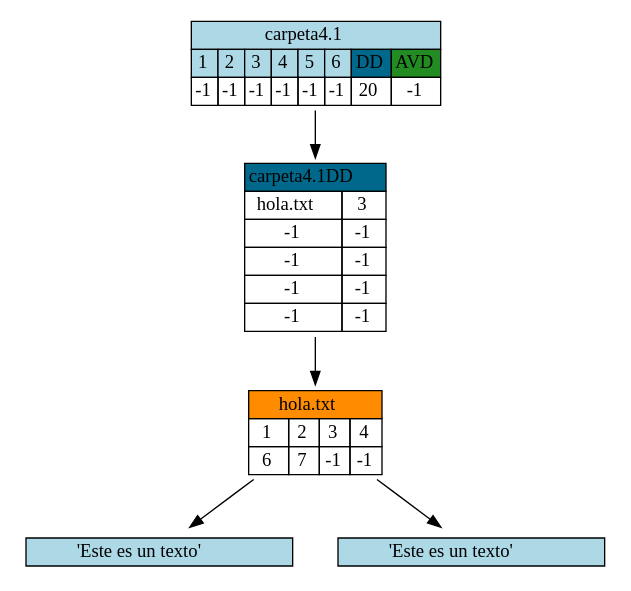
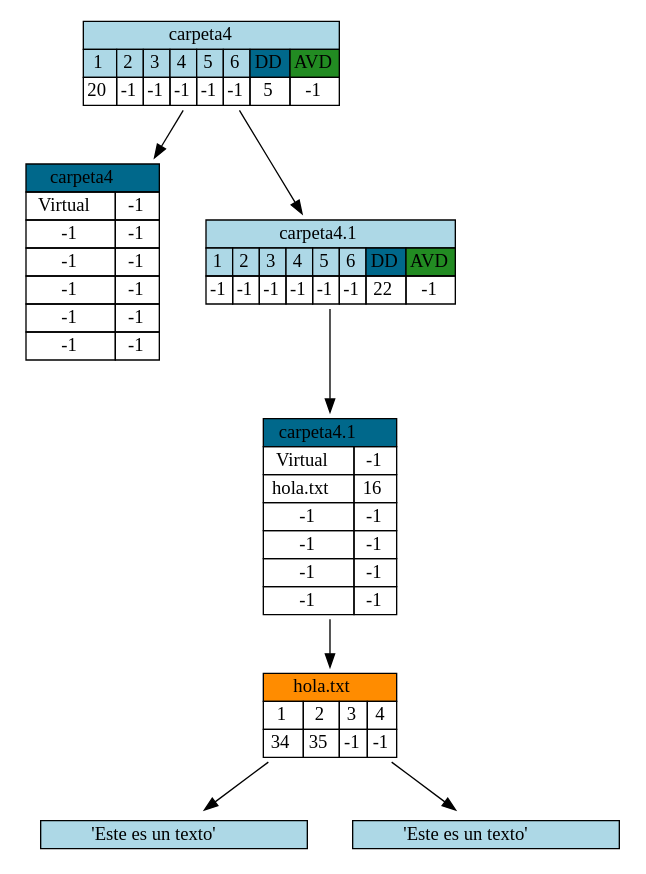
One commit to xJosee/SistemaArchivos changed the diagram in Reportes/graficaTreeFile.dot. Above: the diagram before and after it, drawn with Graphviz. The commit also changed 7 other files, not shown here.

```diff
--- a/Reportes/graficaTreeFile.dot
+++ b/Reportes/graficaTreeFile.dot
@@ -1,85 +1,150 @@
 digraph G{ 
 node [shape=plaintext]
+tbl5[label=<
+<table border='0' cellborder='1' cellspacing='0'>
+<tr>
+<td colspan='8' bgcolor= 'lightblue' >carpeta4</td>
+</tr>
+<tr>
+<td bgcolor='lightblue' width='20' >1</td>
+<td bgcolor='lightblue' width='20' >2</td>
+<td bgcolor='lightblue' width='20' >3</td>
+<td bgcolor='lightblue' width='20' >4</td>
+<td bgcolor='lightblue' width='20' >5</td>
+<td bgcolor='lightblue' width='20' >6</td>
+<td bgcolor='deepskyblue4' width='30' >DD</td>
+<td bgcolor='forestgreen' width='20' >AVD</td>
+</tr>
+<tr>
+<td width='20'>20</td>
+<td width='20'>-1</td>
+<td width='20'>-1</td>
+<td width='20'>-1</td>
+<td width='20'>-1</td>
+<td width='20'>-1</td>
+<td width='20'>5</td>
+<td width='20'>-1</td>
+</tr>
+</table>
+>];
+tbl5->tbl5DD
+tbl5DD[label=<
+<table border='0' cellborder='1' cellspacing='0'>
+<tr><td bgcolor='deepskyblue4' width='100' colspan='2'>carpeta4</td>
+</tr>
+<tr>
+<td>Virtual</td>
+<td>-1</td>
+</tr>
+<tr>
+<td>-1</td>
+<td>-1</td>
+</tr>
+<tr>
+<td>-1</td>
+<td>-1</td>
+</tr>
+<tr>
+<td>-1</td>
+<td>-1</td>
+</tr>
+<tr>
+<td>-1</td>
+<td>-1</td>
+</tr>
+<tr>
+<td>-1</td>
+<td>-1</td>
+</tr>
+</table>
+>];
+tbl5->tbl20
 tbl20[label=<
 <table border='0' cellborder='1' cellspacing='0'>
 <tr>
 <td colspan='8' bgcolor= 'lightblue' >carpeta4.1</td>
 </tr>
 <tr>
 <td bgcolor='lightblue' width='20' >1</td>
 <td bgcolor='lightblue' width='20' >2</td>
 <td bgcolor='lightblue' width='20' >3</td>
 <td bgcolor='lightblue' width='20' >4</td>
 <td bgcolor='lightblue' width='20' >5</td>
 <td bgcolor='lightblue' width='20' >6</td>
 <td bgcolor='deepskyblue4' width='30' >DD</td>
 <td bgcolor='forestgreen' width='20' >AVD</td>
 </tr>
 <tr>
 <td width='20'>-1</td>
 <td width='20'>-1</td>
 <td width='20'>-1</td>
 <td width='20'>-1</td>
 <td width='20'>-1</td>
 <td width='20'>-1</td>
-<td width='20'>20</td>
+<td width='20'>22</td>
 <td width='20'>-1</td>
 </tr>
 </table>
 >];
 tbl20->tbl20DD
 tbl20DD[label=<
 <table border='0' cellborder='1' cellspacing='0'>
-<tr><td bgcolor='deepskyblue4' width='100' colspan='2'>carpeta4.1DD</td>
+<tr><td bgcolor='deepskyblue4' width='100' colspan='2'>carpeta4.1</td>
+</tr>
+<tr>
+<td>Virtual</td>
+<td>-1</td>
 </tr>
 <tr>
 <td>hola.txt</td>
-<td>3</td>
+<td>16</td>
 </tr>
 <tr>
 <td>-1</td>
 <td>-1</td>
 </tr>
 <tr>
 <td>-1</td>
 <td>-1</td>
 </tr>
 <tr>
 <td>-1</td>
 <td>-1</td>
 </tr>
 <tr>
 <td>-1</td>
 <td>-1</td>
 </tr>
 </table>
 >];
-tbl20DD->tblInodo3
-tblInodo3[label=<
+tbl20DD->tblInodo16
+tblInodo16[label=<
 <table border='0' cellborder='1' cellspacing='0'>
 <tr><td bgcolor='darkorange' width='100' colspan='4'>hola.txt</td>
 </tr>
 <tr>
 <td>1</td>
 <td>2</td>
 <td>3</td>
 <td>4</td>
 </tr>
 <tr>
-<td>6</td><td>7</td><td>-1</td><td>-1</td></tr>
+<td>34</td><td>35</td><td>-1</td><td>-1</td></tr>
 </table>
->];tblInodo3->tblBloque6
-tblBloque6[label=<
+>];tblInodo16->tblBloque34
+tblBloque34[label=<
 <table border='0' cellborder='1' cellspacing='0'>
 <tr>
 <td width='200' bgcolor= 'lightblue' >'Este es un texto'</td>
 </tr>
 </table>
->];tblInodo3->tblBloque7
-tblBloque7[label=<
+>];
+tblInodo16->tblBloque35
+tblBloque35[label=<
 <table border='0' cellborder='1' cellspacing='0'>
 <tr>
 <td width='200' bgcolor= 'lightblue' >'Este es un texto'</td>
 </tr>
 </table>
->];}
+>];
+}
```
